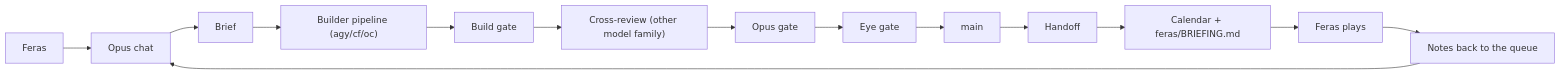
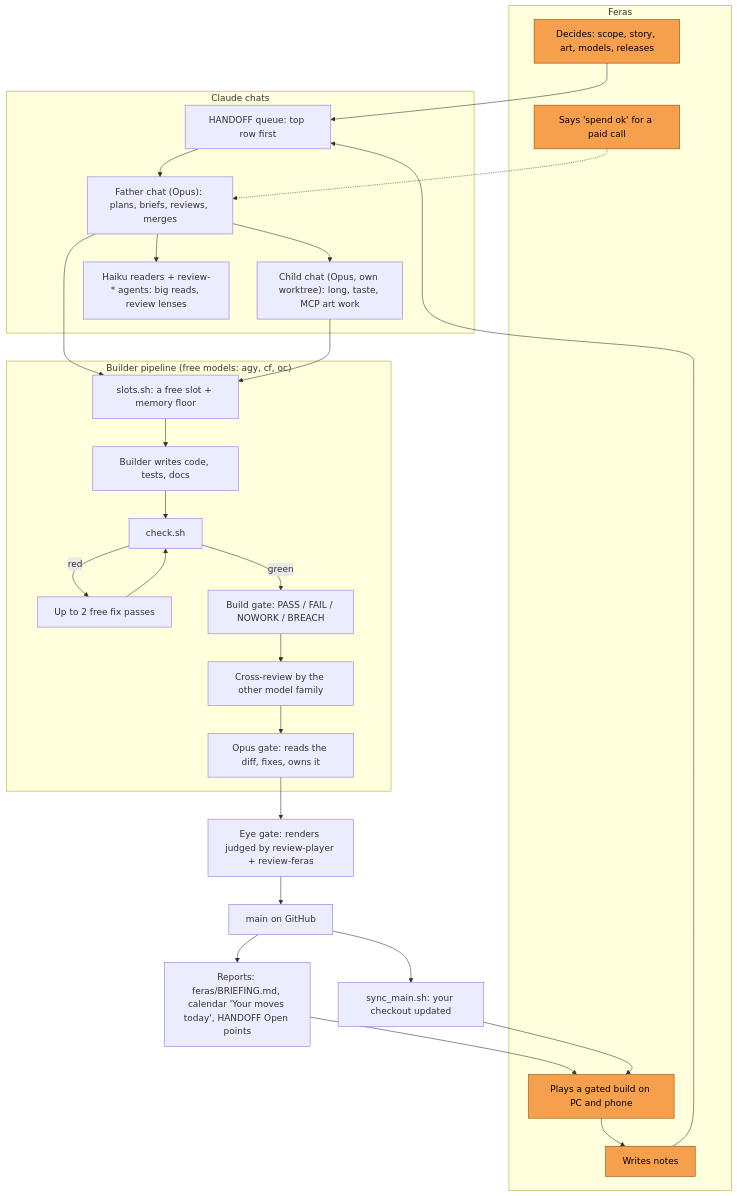
The diagram in docs/HOW_WE_WORK.md (ferasalm/game), drawn with Mermaid before and after one commit. The commit also changed other lines of this file, not shown here.

Commit message:
HOW_WE_WORK: system diagram v2 (chats, pipeline inside, eye gate, Feras's touch points, reports)

````diff
--- a/docs/HOW_WE_WORK.md
+++ b/docs/HOW_WE_WORK.md
@@ -5,16 +6,39 @@
 ```mermaid
-flowchart LR
-    Feras["Feras"] --> Opus["Opus chat"]
-    Opus --> Brief["Brief"]
-    Brief --> Pipeline["Builder pipeline (agy/cf/oc)"]
-    Pipeline --> BuildGate["Build gate"]
-    BuildGate --> CrossReview["Cross-review (other model family)"]
-    CrossReview --> OpusGate["Opus gate"]
-    OpusGate --> EyeGate["Eye gate"]
-    EyeGate --> Main["main"]
-    Main --> Handoff["Handoff"]
-    Handoff --> Calendar["Calendar + feras/BRIEFING.md"]
-    Calendar --> Plays["Feras plays"]
-    Plays --> Queue["Notes back to the queue"]
-    Queue --> Opus
+flowchart TB
+    subgraph You["Feras"]
+        Decide["Decides: scope, story, art, models, releases"]
+        Spend["Says 'spend ok' for a paid call"]
+        Play["Plays a gated build on PC and phone"]
+        Notes["Writes notes"]
+    end
+    subgraph Chats["Claude chats"]
+        Queue["HANDOFF queue: top row first"]
+        Father["Father chat (Opus): plans, briefs, reviews, merges"]
+        Child["Child chat (Opus, own worktree): long, taste, MCP art work"]
+        Readers["Haiku readers + review-* agents: big reads, review lenses"]
+    end
+    subgraph Pipe["Builder pipeline (free models: agy, cf, oc)"]
+        Slots["slots.sh: a free slot + memory floor"] --> Build["Builder writes code, tests, docs"]
+        Build --> Check["check.sh"]
+        Check -- "red" --> Fix["Up to 2 free fix passes"] --> Check
+        Check -- "green" --> Gate["Build gate: PASS / FAIL / NOWORK / BREACH"]
+        Gate --> XR["Cross-review by the other model family"]
+        XR --> OpusGate["Opus gate: reads the diff, fixes, owns it"]
+    end
+    OpusGate --> Eye["Eye gate: renders judged by review-player + review-feras"]
+    Eye --> Main["main on GitHub"]
+    Main --> Sync["sync_main.sh: your checkout updated"]
+    Main --> Reports["Reports: feras/BRIEFING.md, calendar 'Your moves today', HANDOFF Open points"]
+    Queue --> Father
+    Father --> Child
+    Father --> Readers
+    Father --> Slots
+    Child --> Slots
+    Decide --> Queue
+    Spend -.-> Father
+    Reports --> Play
+    Sync --> Play
+    Play --> Notes --> Queue
+    classDef feras fill:#f6a04d,stroke:#8a4b00,color:#000
+    class Decide,Spend,Play,Notes feras
 ```
````
